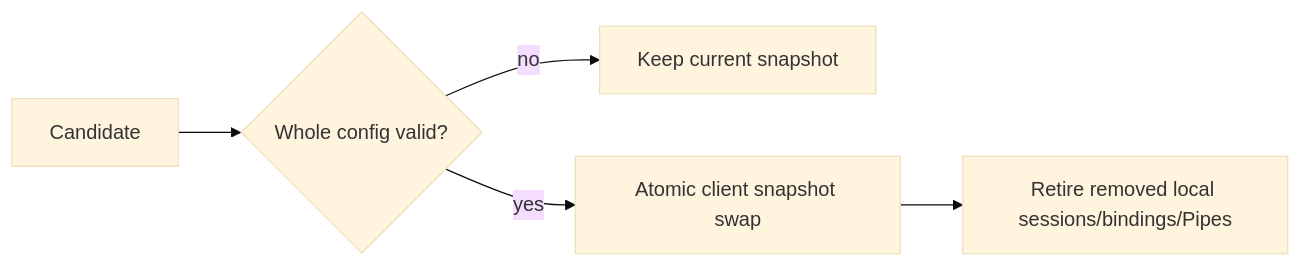
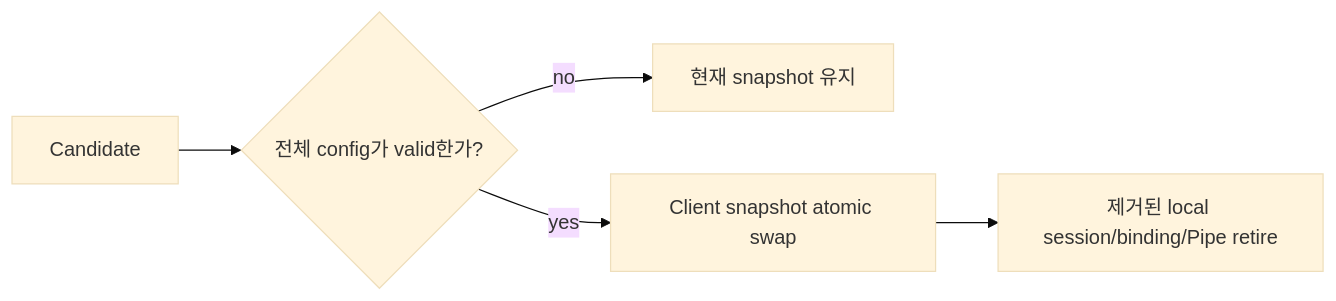
One commit to cagojeiger/relaygate changed the diagram in docs/spec/002-client-configuration-and-presence.md. Above: the diagram before and after it, drawn with Mermaid (base theme). The commit also changed other lines of this file and 25 other files, not shown here.

````diff
--- a/docs/spec/002-client-configuration-and-presence.md
+++ b/docs/spec/002-client-configuration-and-presence.md
@@ -24,7 +22,7 @@
 ```mermaid
 flowchart LR
-    C[Candidate] --> V{Whole config valid?}
-    V -- no --> K[Keep current snapshot]
-    V -- yes --> S[Atomic client snapshot swap]
-    S --> R[Retire removed local sessions/bindings/Pipes]
+    C[Candidate] --> V{전체 config가 valid한가?}
+    V -- no --> K[현재 snapshot 유지]
+    V -- yes --> S[Client snapshot atomic swap]
+    S --> R[제거된 local session/binding/Pipe retire]
 ```
````
